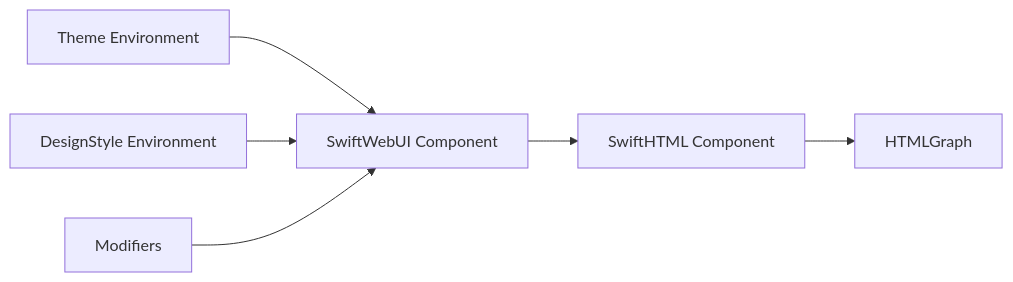
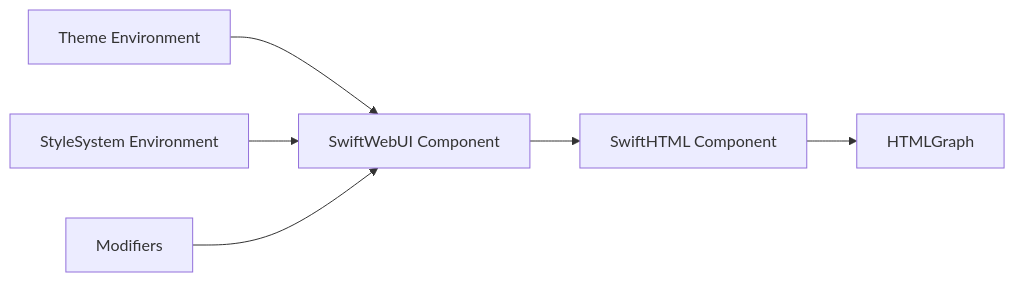
Before and after one commit to 1amageek/swift-web: the first of 4 diagrams in Sources/SwiftWebUI/README.md, drawn with Mermaid. The commit also changed other lines of this file and 60 other files, not shown here.

````diff
--- a/Sources/SwiftWebUI/README.md
+++ b/Sources/SwiftWebUI/README.md
@@ -38,8 +38,8 @@
 ```mermaid
 flowchart LR
   A["SwiftWebUI Component"] --> B["SwiftHTML Component"]
   B --> C["HTMLGraph"]
   D["Theme Environment"] --> A
-  E["DesignStyle Environment"] --> A
+  E["StyleSystem Environment"] --> A
   F["Modifiers"] --> A
 ```
````
